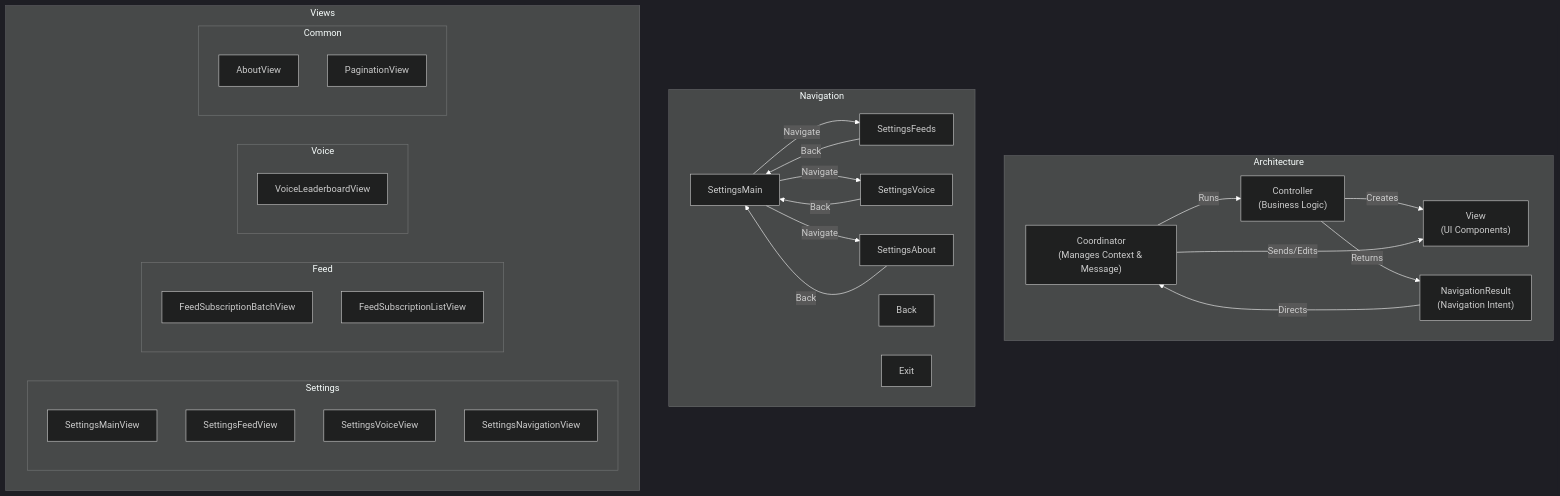
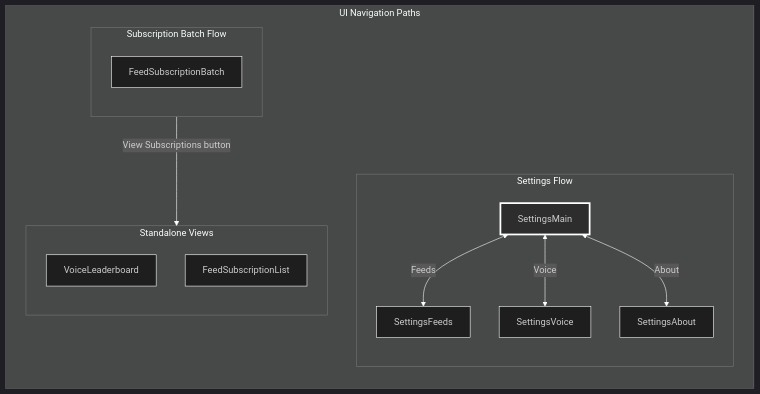
Before and after one commit to FAZuH/pwr-bot: the diagram in docs/diagrams/architecture-view-flow.mmd, drawn with Mermaid. The commit also changed 6 other files, not shown here.

```diff
--- a/docs/diagrams/architecture-view-flow.mmd
+++ b/docs/diagrams/architecture-view-flow.mmd
@@ -1,67 +1,50 @@
 %%{init: {
   'theme': 'dark',
   'themeVariables': {
     'primaryColor': '#1e1e1e',
     'primaryTextColor': '#ffffff',
     'primaryBorderColor': '#ffffff',
     'lineColor': '#ffffff',
     'secondaryColor': '#2d2d2d',
     'tertiaryColor': '#1e1e1e',
     'noteBkgColor': '#2d2d2d',
     'noteTextColor': '#ffffff',
     'noteBorderColor': '#ffffff'
   }
 }}%%
 graph TB
-    subgraph Architecture
-        Coordinator["Coordinator<br/>(Manages Context & Message)"]
-        Controller["Controller<br/>(Business Logic)"]
-        View["View<br/>(UI Components)"]
-        NavigationResult["NavigationResult<br/>(Navigation Intent)"]
-    end
-
-    Coordinator -->|Runs| Controller
-    Controller -->|Creates| View
-    Coordinator -->|Sends/Edits| View
-    Controller -->|Returns| NavigationResult
-    NavigationResult -->|Directs| Coordinator
-
-    subgraph Navigation
-        direction LR
-        SettingsMain[SettingsMain]
-        SettingsFeeds[SettingsFeeds]
-        SettingsVoice[SettingsVoice]
-        SettingsAbout[SettingsAbout]
-        Back[Back]
-        Exit[Exit]
-    end
-
-    SettingsMain -->|Navigate| SettingsFeeds
-    SettingsMain -->|Navigate| SettingsVoice
-    SettingsMain -->|Navigate| SettingsAbout
-    SettingsFeeds -->|Back| SettingsMain
-    SettingsVoice -->|Back| SettingsMain
-    SettingsAbout -->|Back| SettingsMain
-
-    subgraph Views
-        subgraph Settings
-            SettingsMainView
-            SettingsFeedView
-            SettingsVoiceView
-            SettingsNavigationView
+    subgraph UIPaths["UI Navigation Paths"]
+        direction TB
+        
+        subgraph MainFlow["Settings Flow"]
+            direction TB
+            Main["SettingsMain"]
+            Feeds["SettingsFeeds"]
+            Voice["SettingsVoice"]
+            About["SettingsAbout"]
+            
+            Main <-->|Feeds| Feeds
+            Main <-->|Voice| Voice
+            Main <-->|About| About
         end
-
-        subgraph Feed
-            FeedSubscriptionBatchView
-            FeedSubscriptionListView
+        
+        subgraph Standalone["Standalone Views"]
+            direction TB
+            Leaderboard["VoiceLeaderboard"]
+            SubList["FeedSubscriptionList"]
         end
-
-        subgraph Voice
-            VoiceLeaderboardView
-        end
-
-        subgraph Common
-            AboutView
-            PaginationView
+        
+        subgraph BatchFlow["Subscription Batch Flow"]
+            direction TB
+            Batch["FeedSubscriptionBatch"]
+            Batch -->|View Subscriptions button| SubList
         end
     end
+    
+    style Main fill:#2d2d2d,stroke:#ffffff,stroke-width:3px
+    style Feeds fill:#1e1e1e,stroke:#ffffff
+    style Voice fill:#1e1e1e,stroke:#ffffff
+    style About fill:#1e1e1e,stroke:#ffffff
+    style Leaderboard fill:#1e1e1e,stroke:#ffffff
+    style SubList fill:#1e1e1e,stroke:#ffffff
+    style Batch fill:#1e1e1e,stroke:#ffffff
```
